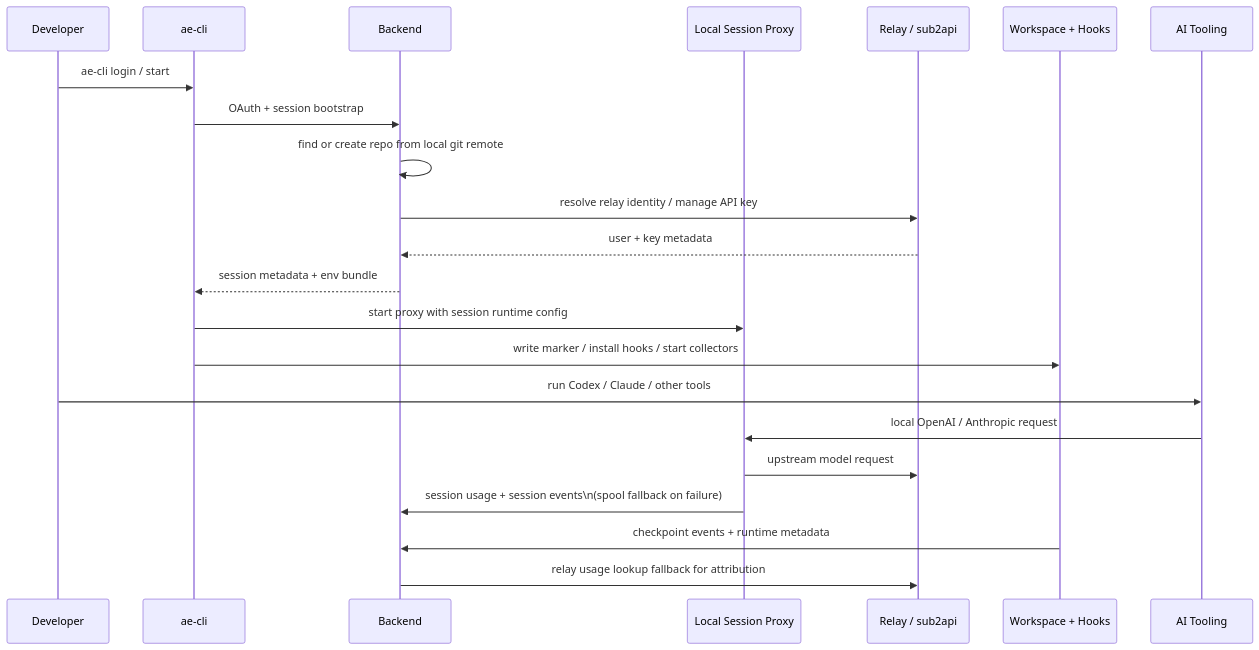
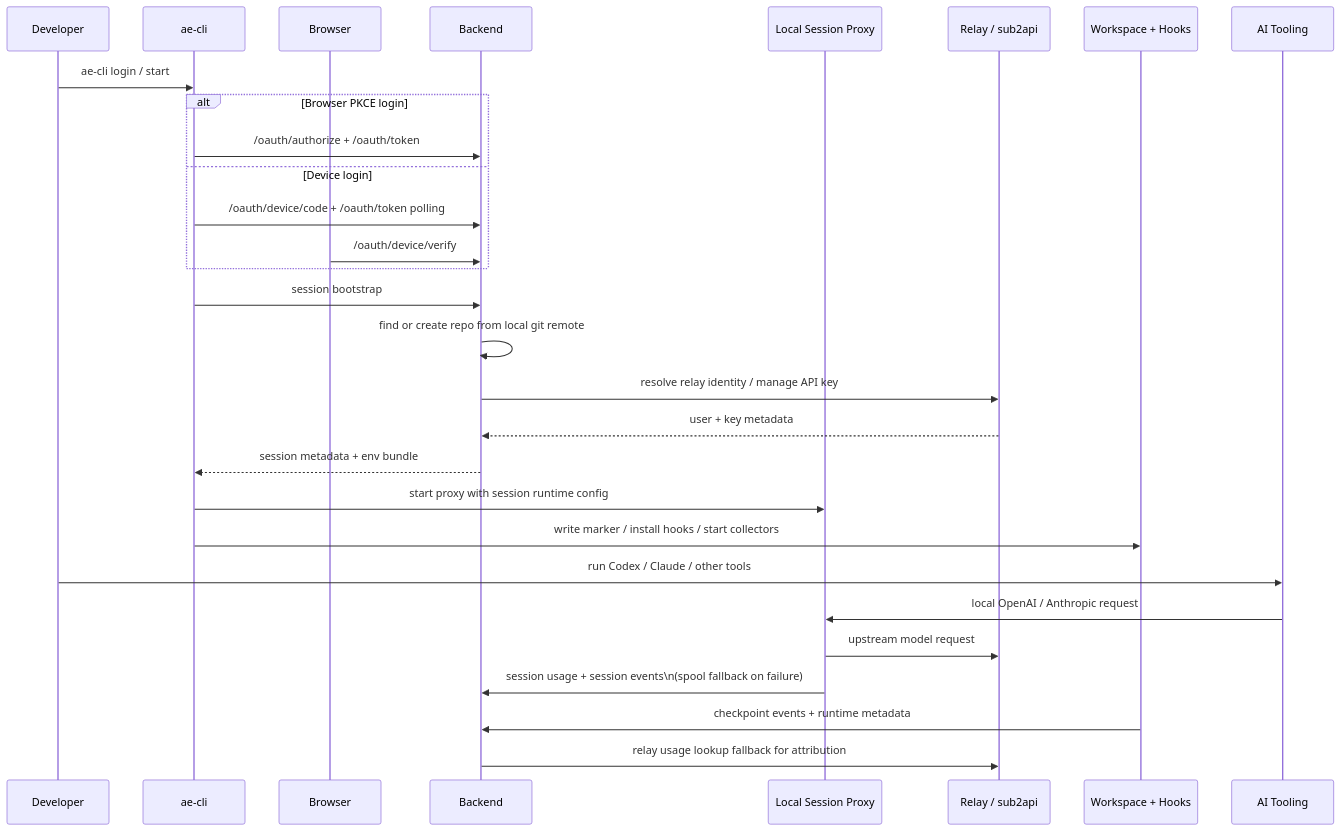
Before and after one commit to LichKing-2234/ai-efficiency: the third of 4 diagrams in docs/architecture.md, drawn with Mermaid. The commit also changed other lines of this file and 19 other files, not shown here.

First line of the commit message:
feat(ae-cli): add oauth device login flow (#21)

````diff
--- a/docs/architecture.md
+++ b/docs/architecture.md
@@ -120,25 +122,32 @@
 ```mermaid
 sequenceDiagram
     participant Dev as Developer
     participant CLI as ae-cli
+    participant Browser as Browser
     participant BE as Backend
     participant Proxy as Local Session Proxy
     participant Relay as Relay / sub2api
     participant WS as Workspace + Hooks
     participant Tool as AI Tooling
 
     Dev->>CLI: ae-cli login / start
-    CLI->>BE: OAuth + session bootstrap
+    alt Browser PKCE login
+        CLI->>BE: /oauth/authorize + /oauth/token
+    else Device login
+        CLI->>BE: /oauth/device/code + /oauth/token polling
+        Browser->>BE: /oauth/device/verify
+    end
+    CLI->>BE: session bootstrap
     BE->>BE: find or create repo from local git remote
     BE->>Relay: resolve relay identity / manage API key
     Relay-->>BE: user + key metadata
     BE-->>CLI: session metadata + env bundle
     CLI->>Proxy: start proxy with session runtime config
     CLI->>WS: write marker / install hooks / start collectors
     Dev->>Tool: run Codex / Claude / other tools
     Tool->>Proxy: local OpenAI / Anthropic request
     Proxy->>Relay: upstream model request
     Proxy->>BE: session usage + session events\n(spool fallback on failure)
     WS->>BE: checkpoint events + runtime metadata
     BE->>Relay: relay usage lookup fallback for attribution
 ```
````
